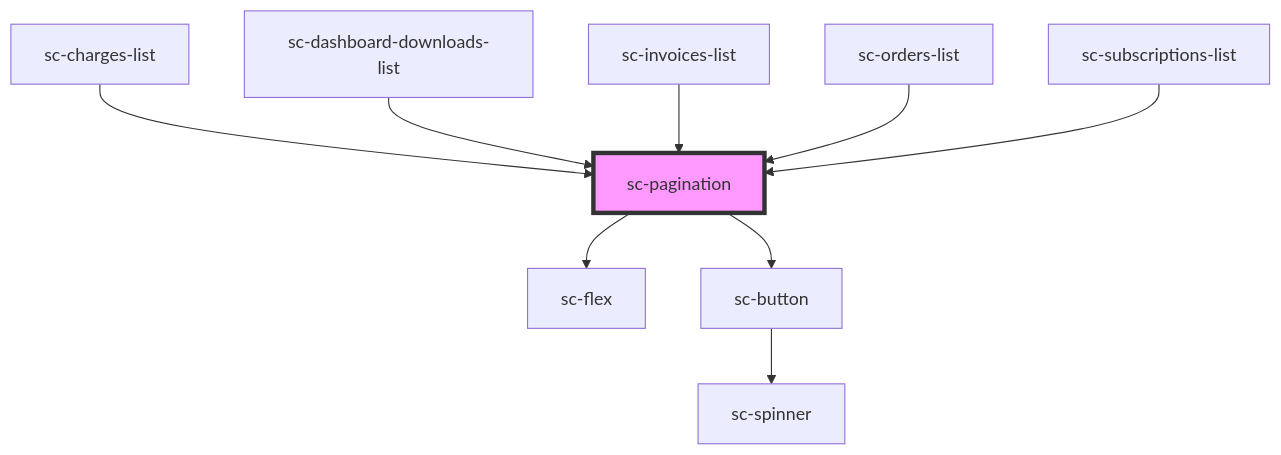
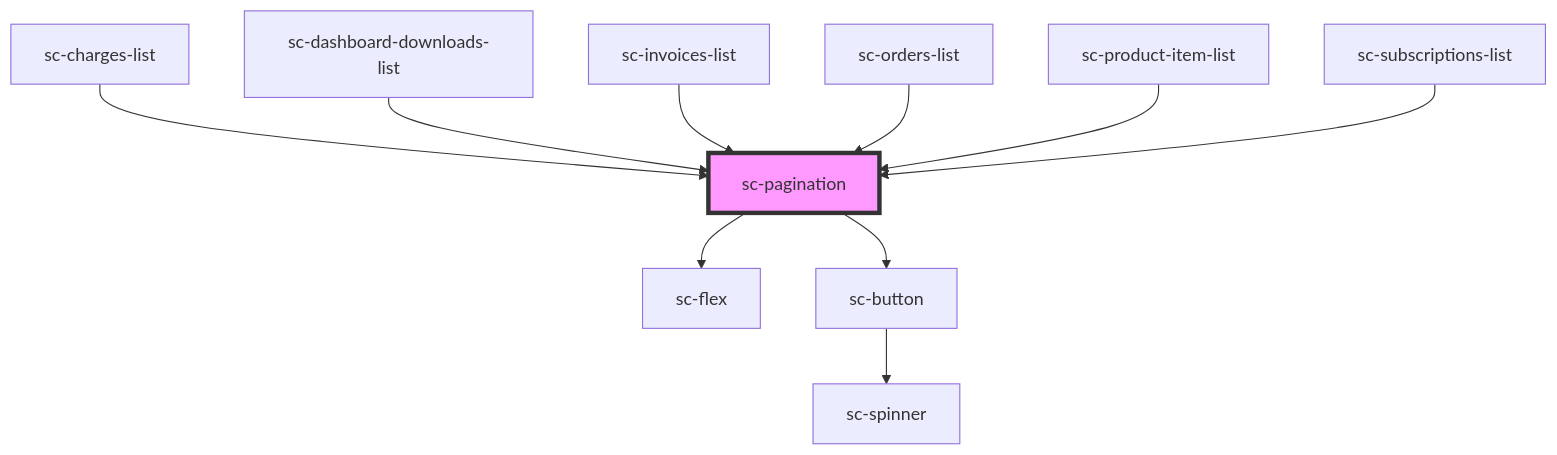
Before and after one commit to surecart/surecart-wp-plugin: the diagram in packages/components/src/components/ui/pagination/readme.md, drawn with Mermaid. The commit also changed other lines of this file and 13 other files, not shown here.

````diff
--- a/packages/components/src/components/ui/pagination/readme.md
+++ b/packages/components/src/components/ui/pagination/readme.md
@@ -43,12 +44,13 @@
 ```mermaid
 graph TD;
   sc-pagination --> sc-flex
   sc-pagination --> sc-button
   sc-button --> sc-spinner
   sc-charges-list --> sc-pagination
   sc-dashboard-downloads-list --> sc-pagination
   sc-invoices-list --> sc-pagination
   sc-orders-list --> sc-pagination
+  sc-product-item-list --> sc-pagination
   sc-subscriptions-list --> sc-pagination
   style sc-pagination fill:#f9f,stroke:#333,stroke-width:4px
 ```
````
